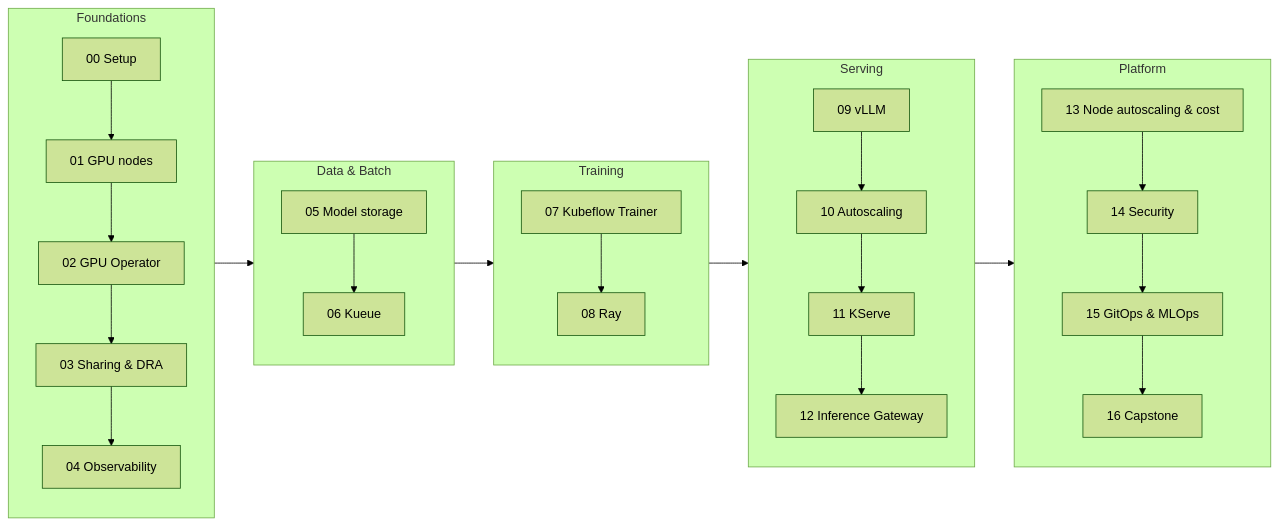
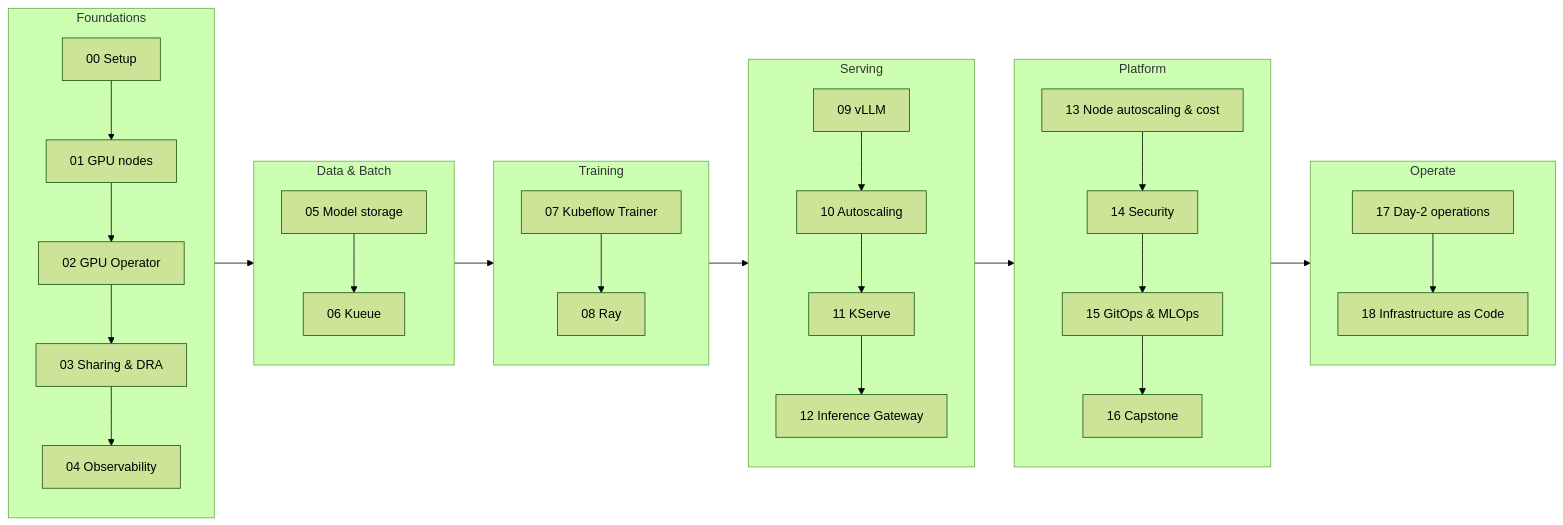
The diagram in README.md (GitOpsHub/kubernetes-ai-infrastructure), drawn with Mermaid (forest theme) before and after one commit. The commit also changed other lines of this file and 1 other file, not shown here.

````diff
--- a/README.md
+++ b/README.md
@@ -32,19 +33,22 @@
 ```mermaid
 flowchart LR
   subgraph F[Foundations]
     C00[00 Setup] --> C01[01 GPU nodes] --> C02[02 GPU Operator] --> C03[03 Sharing & DRA] --> C04[04 Observability]
   end
   subgraph D[Data & Batch]
     C05[05 Model storage] --> C06[06 Kueue]
   end
   subgraph T[Training]
     C07[07 Kubeflow Trainer] --> C08[08 Ray]
   end
   subgraph S[Serving]
     C09[09 vLLM] --> C10[10 Autoscaling] --> C11[11 KServe] --> C12[12 Inference Gateway]
   end
   subgraph P[Platform]
     C13[13 Node autoscaling & cost] --> C14[14 Security] --> C15[15 GitOps & MLOps] --> C16[16 Capstone]
   end
-  F --> D --> T --> S --> P
+  subgraph O[Operate]
+    C17[17 Day-2 operations] --> C18[18 Infrastructure as Code]
+  end
+  F --> D --> T --> S --> P --> O
 ```
````
